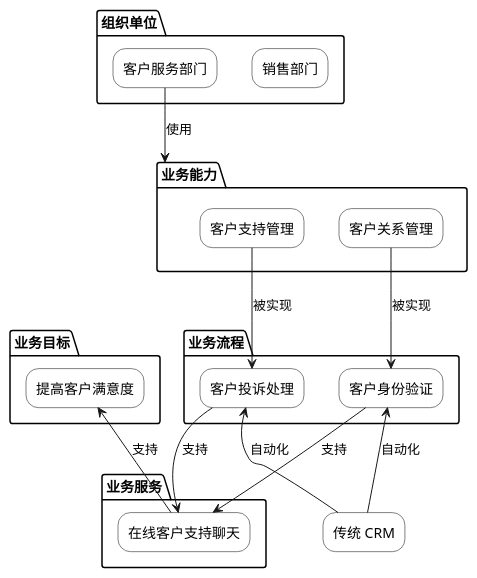
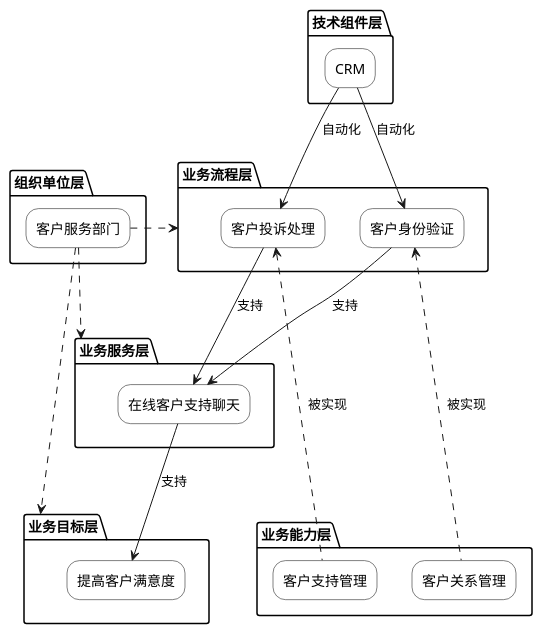
Before and after one commit to fuyipingwml/planttext: the diagram in 业务架构-业务足迹图.puml, drawn with PlantUML. The commit also changed 6 other files, not shown here.

```diff
--- a/业务架构-业务足迹图.puml
+++ b/业务架构-业务足迹图.puml
@@ -1,54 +1,64 @@
 @startuml
 'title 电商公司 业务足迹图
 
 skinparam rectangle {
   BackgroundColor transparent
   BorderColor black
   roundcorner 25
 }
 
 ' 组件定义
-package "组织单位" {
-  rectangle "销售部门" as SalesDept
+package "组织单位层" {
+  'rectangle "销售部门" as SalesDept
   rectangle "客户服务部门" as CustomerServiceDept
 }
 
 'package "业务领域" {
  ' rectangle "进入市场" as GoToMarket
 '}
 
-package "业务目标" {
+package "业务目标层" as BUSIGOAL {
   rectangle "提高客户满意度" as ImproveCustomerSatisfaction
 }
 
-package "业务流程" {
+package "业务流程层" as BUSIPROCESS {
   rectangle "客户投诉处理" as CustomerRelationshipManagement
   rectangle "客户身份验证" as CustomerIDChK
 }
 
-package "业务服务" {
+package "技术组件层" {
+  rectangle "CRM" as CRMSYS
+  'rectangle "ERP" as ERPSYS
+
+}
+
+package "业务服务层" as BUSISERV {
   rectangle "在线客户支持聊天" as CustomerSupport
 }
 
-package "业务能力" as Busiability {
+package "业务能力层" as Busiability {
   rectangle "客户支持管理" as CustomerSupportmg
   rectangle "客户关系管理" as Customerrelmg
 }
 
 ' 组件关系
 'GoToMarket --> SalesDept : "参与"
 'SalesDept --> CustomerRelationshipManagement : "指挥"
-CustomerServiceDept--> Busiability  : "使用"
-ImproveCustomerSatisfaction <-- CustomerSupport : "支持"
+'CustomerServiceDept--> Busiability  : "使用"
+CustomerServiceDept .right.> BUSIGOAL
+CustomerServiceDept .right.> BUSIPROCESS
+CustomerServiceDept .right.> BUSISERV
+CustomerSupport -down->ImproveCustomerSatisfaction   : "支持"
 'SalesManagement --> SalesDept : "使能"
 
 ' 其他相关组件
-rectangle "传统 CRM" as LegacyCRM
-CustomerRelationshipManagement <-- LegacyCRM : "自动化"
-CustomerIDChK <-- LegacyCRM : "自动化"
+'rectangle "传统 CRM" as LegacyCRM
+CRMSYS-down->CustomerRelationshipManagement : "自动化"
+
+CRMSYS-down->CustomerIDChK  : "自动化"
 CustomerRelationshipManagement -right-> CustomerSupport: "支持"
-CustomerSupportmg -left-> CustomerRelationshipManagement: "被实现"
-Customerrelmg --> CustomerIDChK: "被实现"
+CustomerSupportmg .up..> CustomerRelationshipManagement: "被实现"
+Customerrelmg .up.> CustomerIDChK: "被实现"
 CustomerIDChK --> CustomerSupport: "支持"
 
 @enduml
```
